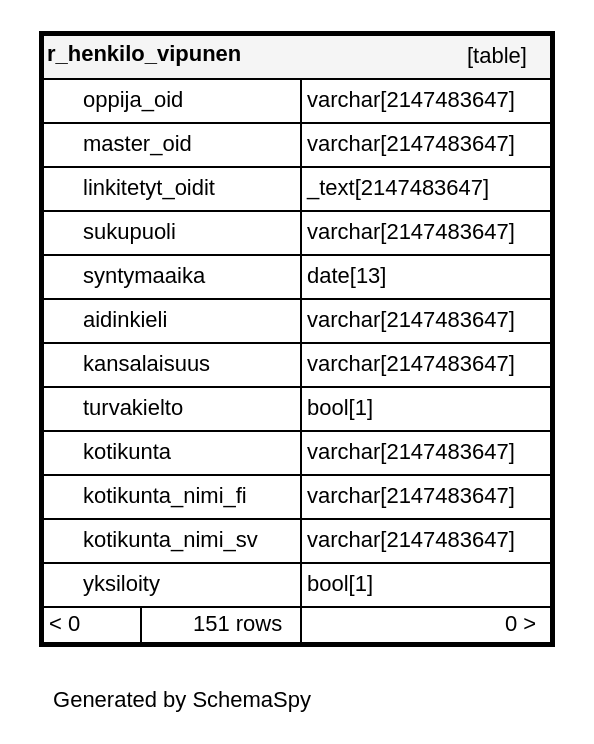
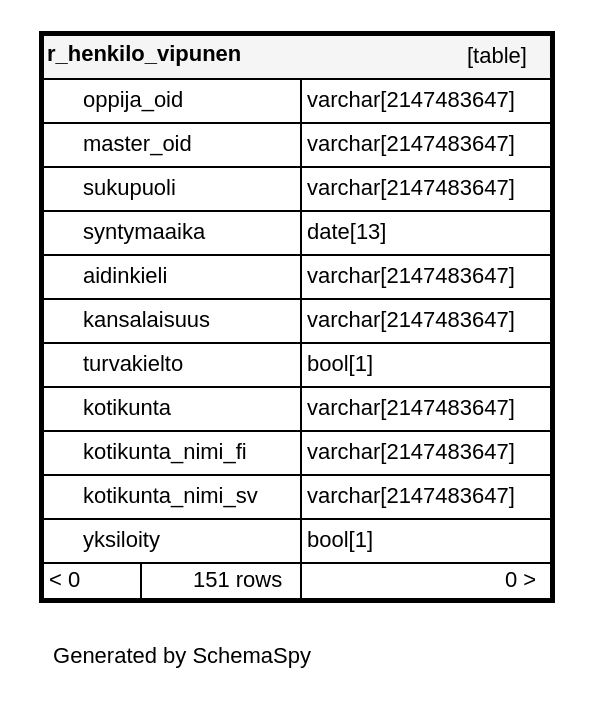
One commit to Opetushallitus/koski changed the diagram in documentation/tietokantaskeemat/koski-raportointikanta/diagrams/tables/r_henkilo_vipunen.1degree.dot. Above: the diagram before and after it, drawn with Graphviz. The commit also changed 57 other files, not shown here.

```diff
--- a/documentation/tietokantaskeemat/koski-raportointikanta/diagrams/tables/r_henkilo_vipunen.1degree.dot
+++ b/documentation/tietokantaskeemat/koski-raportointikanta/diagrams/tables/r_henkilo_vipunen.1degree.dot
@@ -1,25 +1,24 @@
 digraph "oneDegreeRelationshipsDiagram" {
   graph [    rankdir="RL"    bgcolor="#ffffff"    label="\nGenerated by SchemaSpy"    labeljust="l"    nodesep="0.18"    ranksep="0.46"    fontname="Helvetica"    fontsize="11"    ration="compress"  ];  node [    fontname="Helvetica"    fontsize="11"    shape="plaintext"  ];  edge [    arrowsize="0.8"  ];
   "r_henkilo_vipunen" [
    label=<
     <TABLE BORDER="2" CELLBORDER="1" CELLSPACING="0" BGCOLOR="#ffffff">
       <TR><TD COLSPAN="4"  BGCOLOR="#f5f5f5"><TABLE BORDER="0" CELLSPACING="0"><TR><TD ALIGN="LEFT" FIXEDSIZE="TRUE" WIDTH="108" HEIGHT="16"><B>r_henkilo_vipunen</B></TD><TD ALIGN="RIGHT">[table]</TD></TR></TABLE></TD></TR>
       <TR><TD PORT="oppija_oid" COLSPAN="2" ALIGN="LEFT"><TABLE BORDER="0" CELLSPACING="0" ALIGN="LEFT"><TR ALIGN="LEFT"><TD ALIGN="LEFT" FIXEDSIZE="TRUE" WIDTH="15" HEIGHT="16"></TD><TD ALIGN="LEFT" FIXEDSIZE="TRUE" WIDTH="108" HEIGHT="16">oppija_oid</TD></TR></TABLE></TD><TD PORT="oppija_oid.type" ALIGN="LEFT">varchar[2147483647]</TD></TR>
       <TR><TD PORT="master_oid" COLSPAN="2" ALIGN="LEFT"><TABLE BORDER="0" CELLSPACING="0" ALIGN="LEFT"><TR ALIGN="LEFT"><TD ALIGN="LEFT" FIXEDSIZE="TRUE" WIDTH="15" HEIGHT="16"></TD><TD ALIGN="LEFT" FIXEDSIZE="TRUE" WIDTH="108" HEIGHT="16">master_oid</TD></TR></TABLE></TD><TD PORT="master_oid.type" ALIGN="LEFT">varchar[2147483647]</TD></TR>
-      <TR><TD PORT="linkitetyt_oidit" COLSPAN="2" ALIGN="LEFT"><TABLE BORDER="0" CELLSPACING="0" ALIGN="LEFT"><TR ALIGN="LEFT"><TD ALIGN="LEFT" FIXEDSIZE="TRUE" WIDTH="15" HEIGHT="16"></TD><TD ALIGN="LEFT" FIXEDSIZE="TRUE" WIDTH="108" HEIGHT="16">linkitetyt_oidit</TD></TR></TABLE></TD><TD PORT="linkitetyt_oidit.type" ALIGN="LEFT">_text[2147483647]</TD></TR>
       <TR><TD PORT="sukupuoli" COLSPAN="2" ALIGN="LEFT"><TABLE BORDER="0" CELLSPACING="0" ALIGN="LEFT"><TR ALIGN="LEFT"><TD ALIGN="LEFT" FIXEDSIZE="TRUE" WIDTH="15" HEIGHT="16"></TD><TD ALIGN="LEFT" FIXEDSIZE="TRUE" WIDTH="108" HEIGHT="16">sukupuoli</TD></TR></TABLE></TD><TD PORT="sukupuoli.type" ALIGN="LEFT">varchar[2147483647]</TD></TR>
       <TR><TD PORT="syntymaaika" COLSPAN="2" ALIGN="LEFT"><TABLE BORDER="0" CELLSPACING="0" ALIGN="LEFT"><TR ALIGN="LEFT"><TD ALIGN="LEFT" FIXEDSIZE="TRUE" WIDTH="15" HEIGHT="16"></TD><TD ALIGN="LEFT" FIXEDSIZE="TRUE" WIDTH="108" HEIGHT="16">syntymaaika</TD></TR></TABLE></TD><TD PORT="syntymaaika.type" ALIGN="LEFT">date[13]</TD></TR>
       <TR><TD PORT="aidinkieli" COLSPAN="2" ALIGN="LEFT"><TABLE BORDER="0" CELLSPACING="0" ALIGN="LEFT"><TR ALIGN="LEFT"><TD ALIGN="LEFT" FIXEDSIZE="TRUE" WIDTH="15" HEIGHT="16"></TD><TD ALIGN="LEFT" FIXEDSIZE="TRUE" WIDTH="108" HEIGHT="16">aidinkieli</TD></TR></TABLE></TD><TD PORT="aidinkieli.type" ALIGN="LEFT">varchar[2147483647]</TD></TR>
       <TR><TD PORT="kansalaisuus" COLSPAN="2" ALIGN="LEFT"><TABLE BORDER="0" CELLSPACING="0" ALIGN="LEFT"><TR ALIGN="LEFT"><TD ALIGN="LEFT" FIXEDSIZE="TRUE" WIDTH="15" HEIGHT="16"></TD><TD ALIGN="LEFT" FIXEDSIZE="TRUE" WIDTH="108" HEIGHT="16">kansalaisuus</TD></TR></TABLE></TD><TD PORT="kansalaisuus.type" ALIGN="LEFT">varchar[2147483647]</TD></TR>
       <TR><TD PORT="turvakielto" COLSPAN="2" ALIGN="LEFT"><TABLE BORDER="0" CELLSPACING="0" ALIGN="LEFT"><TR ALIGN="LEFT"><TD ALIGN="LEFT" FIXEDSIZE="TRUE" WIDTH="15" HEIGHT="16"></TD><TD ALIGN="LEFT" FIXEDSIZE="TRUE" WIDTH="108" HEIGHT="16">turvakielto</TD></TR></TABLE></TD><TD PORT="turvakielto.type" ALIGN="LEFT">bool[1]</TD></TR>
       <TR><TD PORT="kotikunta" COLSPAN="2" ALIGN="LEFT"><TABLE BORDER="0" CELLSPACING="0" ALIGN="LEFT"><TR ALIGN="LEFT"><TD ALIGN="LEFT" FIXEDSIZE="TRUE" WIDTH="15" HEIGHT="16"></TD><TD ALIGN="LEFT" FIXEDSIZE="TRUE" WIDTH="108" HEIGHT="16">kotikunta</TD></TR></TABLE></TD><TD PORT="kotikunta.type" ALIGN="LEFT">varchar[2147483647]</TD></TR>
       <TR><TD PORT="kotikunta_nimi_fi" COLSPAN="2" ALIGN="LEFT"><TABLE BORDER="0" CELLSPACING="0" ALIGN="LEFT"><TR ALIGN="LEFT"><TD ALIGN="LEFT" FIXEDSIZE="TRUE" WIDTH="15" HEIGHT="16"></TD><TD ALIGN="LEFT" FIXEDSIZE="TRUE" WIDTH="108" HEIGHT="16">kotikunta_nimi_fi</TD></TR></TABLE></TD><TD PORT="kotikunta_nimi_fi.type" ALIGN="LEFT">varchar[2147483647]</TD></TR>
       <TR><TD PORT="kotikunta_nimi_sv" COLSPAN="2" ALIGN="LEFT"><TABLE BORDER="0" CELLSPACING="0" ALIGN="LEFT"><TR ALIGN="LEFT"><TD ALIGN="LEFT" FIXEDSIZE="TRUE" WIDTH="15" HEIGHT="16"></TD><TD ALIGN="LEFT" FIXEDSIZE="TRUE" WIDTH="108" HEIGHT="16">kotikunta_nimi_sv</TD></TR></TABLE></TD><TD PORT="kotikunta_nimi_sv.type" ALIGN="LEFT">varchar[2147483647]</TD></TR>
       <TR><TD PORT="yksiloity" COLSPAN="2" ALIGN="LEFT"><TABLE BORDER="0" CELLSPACING="0" ALIGN="LEFT"><TR ALIGN="LEFT"><TD ALIGN="LEFT" FIXEDSIZE="TRUE" WIDTH="15" HEIGHT="16"></TD><TD ALIGN="LEFT" FIXEDSIZE="TRUE" WIDTH="108" HEIGHT="16">yksiloity</TD></TR></TABLE></TD><TD PORT="yksiloity.type" ALIGN="LEFT">bool[1]</TD></TR>
       <TR><TD ALIGN="LEFT" BGCOLOR="#ffffff">&lt; 0</TD><TD ALIGN="RIGHT" BGCOLOR="#ffffff">151 rows</TD><TD ALIGN="RIGHT" BGCOLOR="#ffffff">0 &gt;</TD></TR>
     </TABLE>>
     URL="../../tables/r_henkilo_vipunen.html"
     target="_top"
     tooltip="r_henkilo_vipunen"
   ];
 }
```
